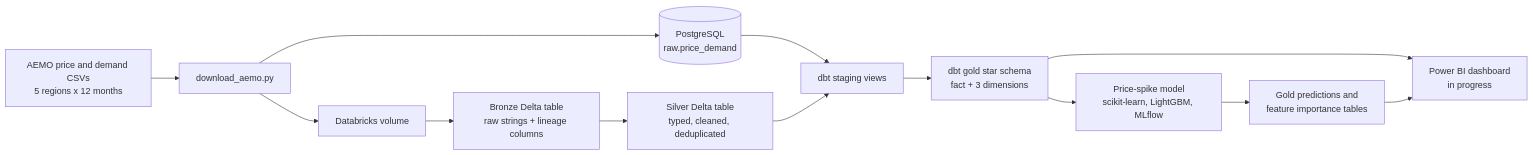
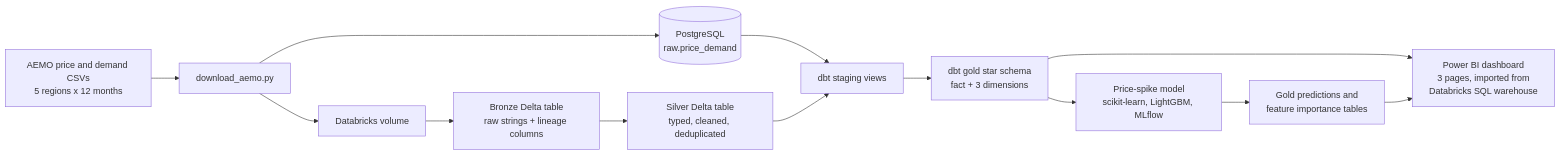
One commit to bammay/nem-energy-pipeline changed the diagram in README.md. Above: the diagram before and after it, drawn with Mermaid. The commit also changed other lines of this file, not shown here.

Commit message:
README: Power BI dashboard section, screenshots, requirements install

````diff
--- a/README.md
+++ b/README.md
@@ -13,15 +13,15 @@
 ```mermaid
 flowchart LR
     A[AEMO price and demand CSVs<br/>5 regions x 12 months] --> B[download_aemo.py]
     B --> C[(PostgreSQL<br/>raw.price_demand)]
     B --> D[Databricks volume]
     D --> E[Bronze Delta table<br/>raw strings + lineage columns]
     E --> F[Silver Delta table<br/>typed, cleaned, deduplicated]
     C --> G[dbt staging views]
     F --> G
     G --> H[dbt gold star schema<br/>fact + 3 dimensions]
     H --> I[Price-spike model<br/>scikit-learn, LightGBM, MLflow]
     I --> J[Gold predictions and<br/>feature importance tables]
-    H --> K[Power BI dashboard<br/>in progress]
+    H --> K[Power BI dashboard<br/>3 pages, imported from<br/>Databricks SQL warehouse]
     J --> K
 ```
````
